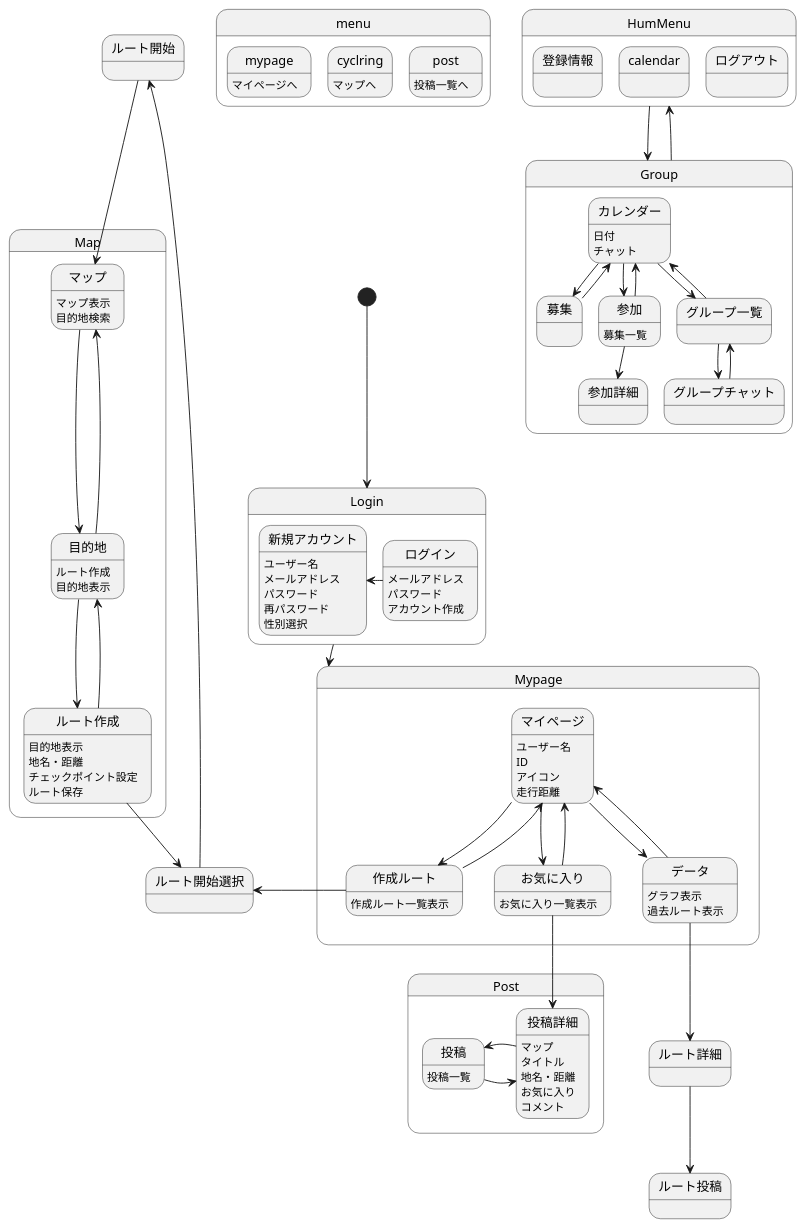
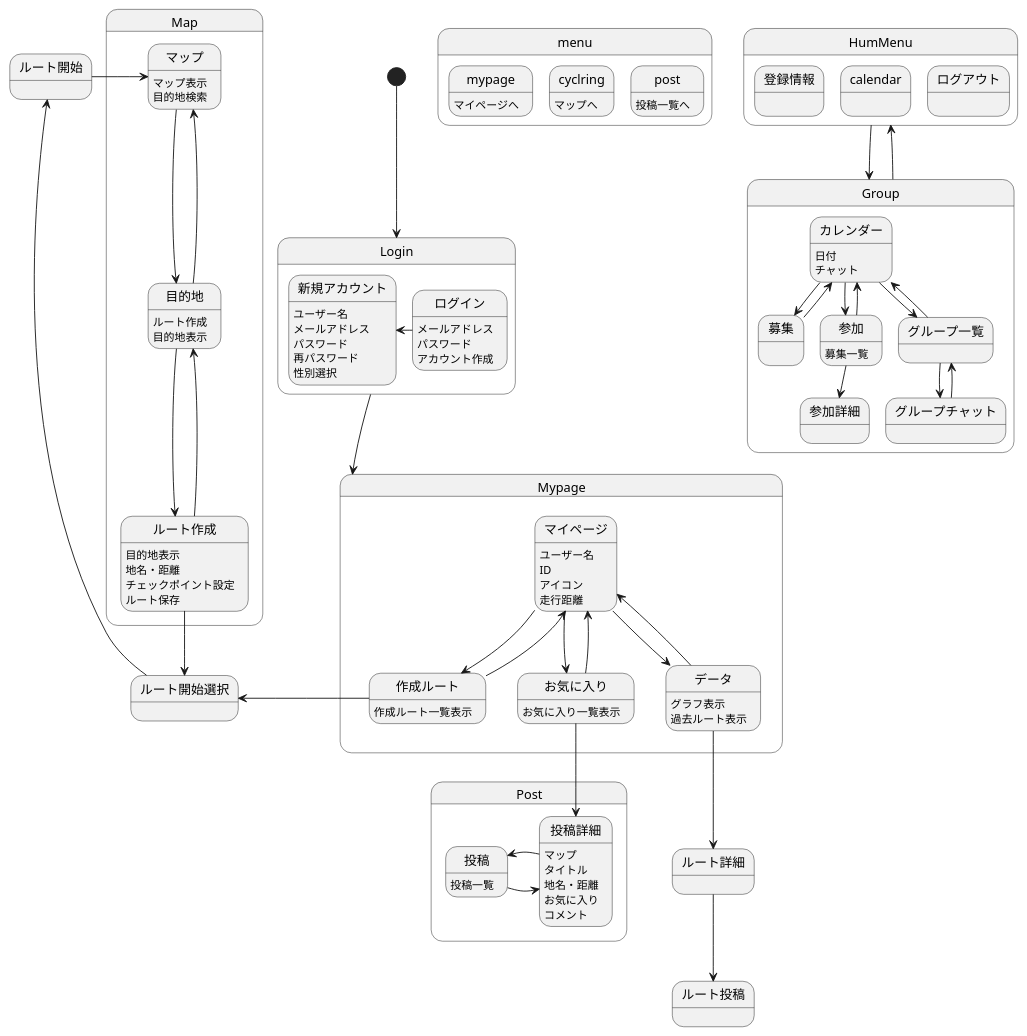
Before and after one commit to AsoSD3A3/CyclingSystem: the diagram in 画面遷移図/gm.md, drawn with PlantUML.

```diff
--- a/画面遷移図/gm.md
+++ b/画面遷移図/gm.md
@@ -85,7 +85,7 @@
 
 作成ルート-left->ルート開始選択
 ルート開始選択-up->ルート開始
-ルート開始-->マップ
+ルート開始-left->マップ
 ルート作成-->ルート開始選択
 
 
```
